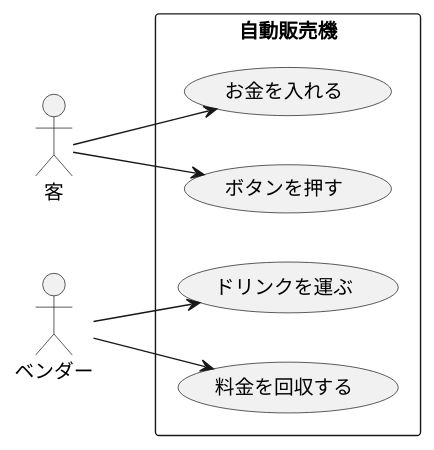
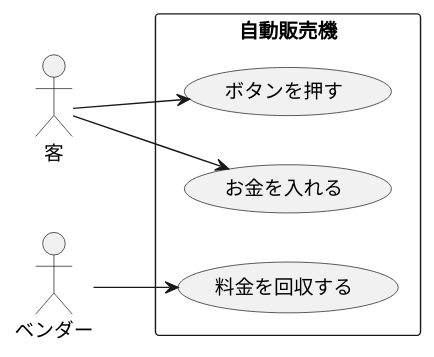
The diagram in 演習６/演習6-4-2_ユースケース図_自動販売機.pu (Kuya0307/unl-introduction), drawn with PlantUML before and after one commit. The commit also changed 7 other files, not shown here.

```diff
--- a/演習６/演習6-4-2_ユースケース図_自動販売機.pu
+++ b/演習６/演習6-4-2_ユースケース図_自動販売機.pu
@@ -1,15 +1,13 @@
 @startuml ユースケース図
 left to right direction
 actor 客 as cos
 actor ベンダー as ben
-rectangle 自動販売機{
-    usecase ドリンクを運ぶ as car 
+rectangle 自動販売機{ 
     usecase 料金を回収する as rec
     usecase お金を入れる as in
     usecase ボタンを押す as push
 }
 cos --> in
 cos --> push
-ben --> car
 ben --> rec
 @enduml
```
